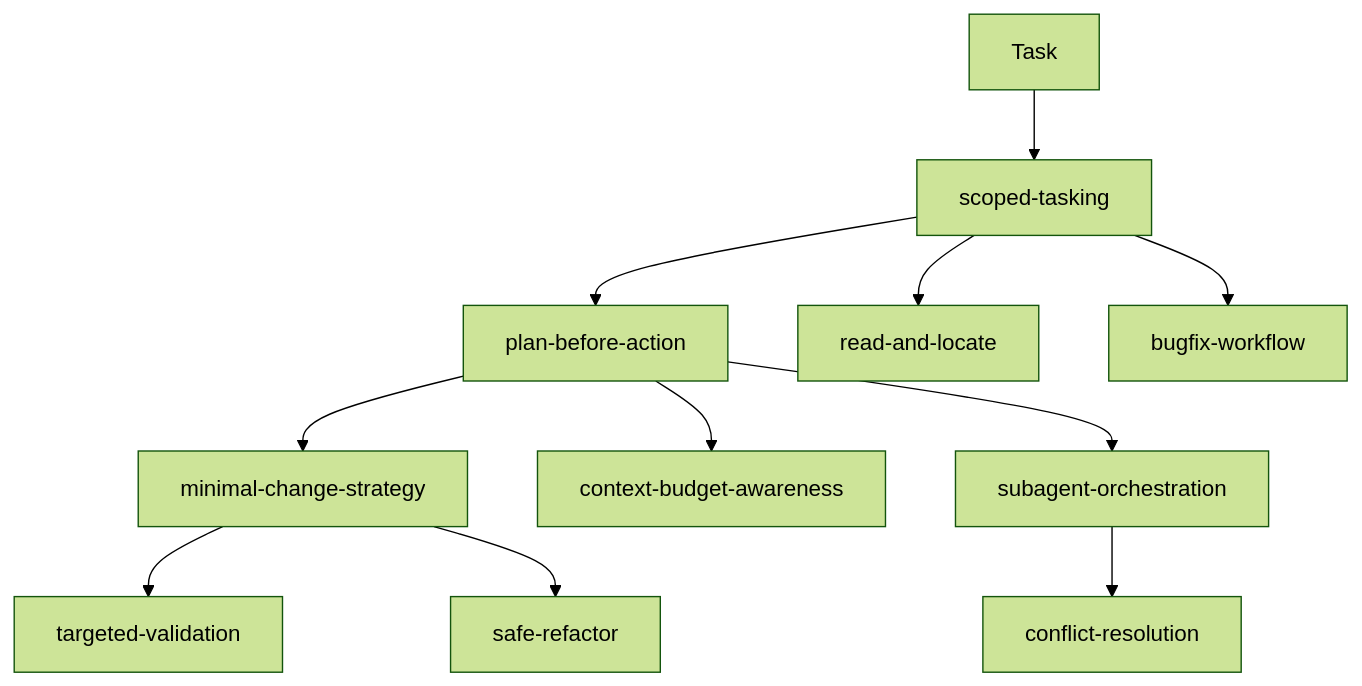
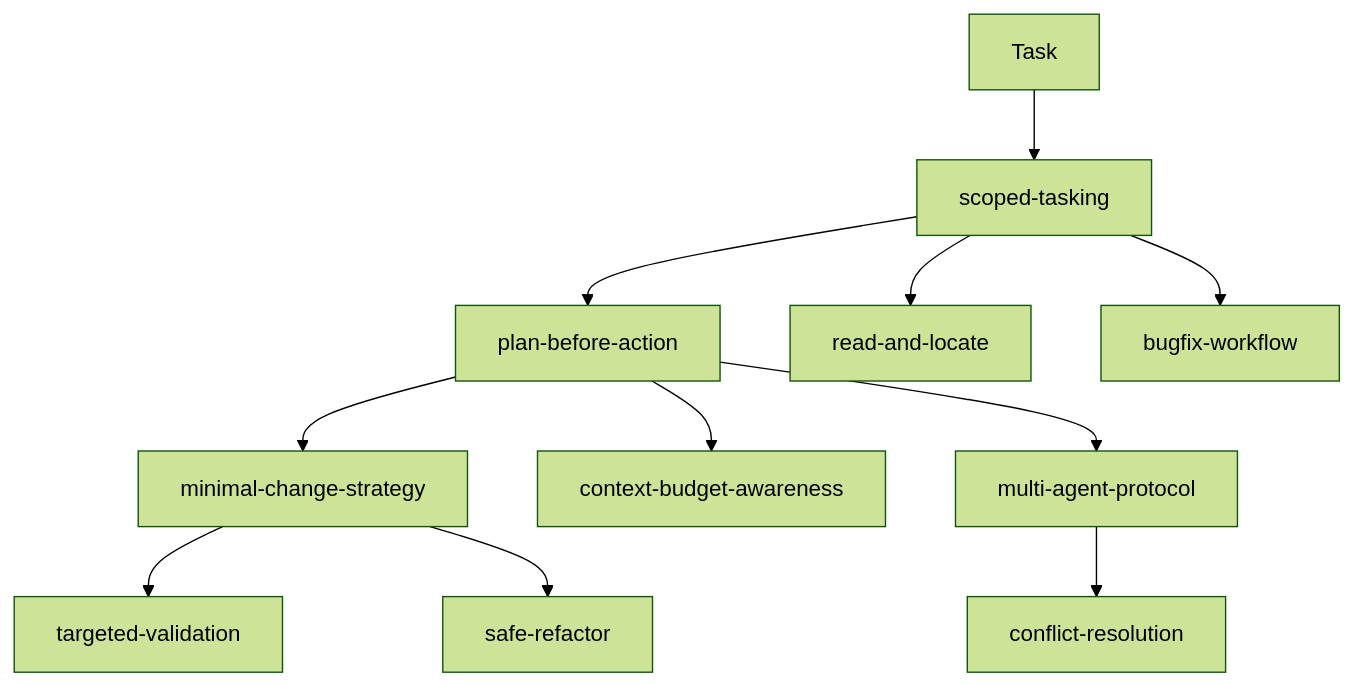
Before and after one commit to nickdu2009/agent-skills: the first of 2 diagrams in README.md, drawn with Mermaid (forest theme). The commit also changed other lines of this file and 21 other files, not shown here.

First line of the commit message:
Add multi-agent protocol governance assets

````diff
--- a/README.md
+++ b/README.md
@@ -9,13 +9,13 @@
 ```mermaid
 flowchart TD
     T[Task] --> S[scoped-tasking]
     S --> P[plan-before-action]
     P --> M[minimal-change-strategy]
     M --> V[targeted-validation]
     P --> C[context-budget-awareness]
     S --> R[read-and-locate]
     M --> F[safe-refactor]
     S --> B[bugfix-workflow]
-    P --> O[subagent-orchestration]
+    P --> O[multi-agent-protocol]
     O --> X[conflict-resolution]
 ```
````
